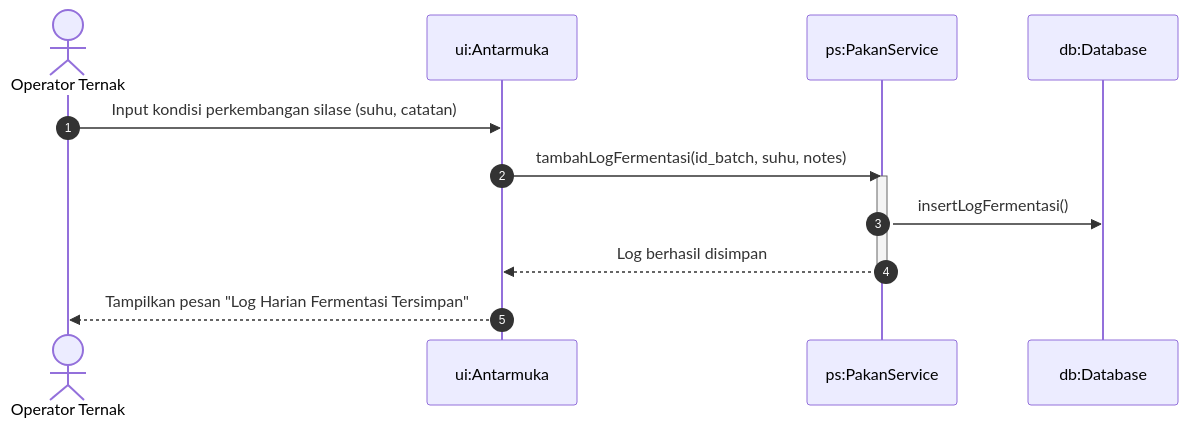
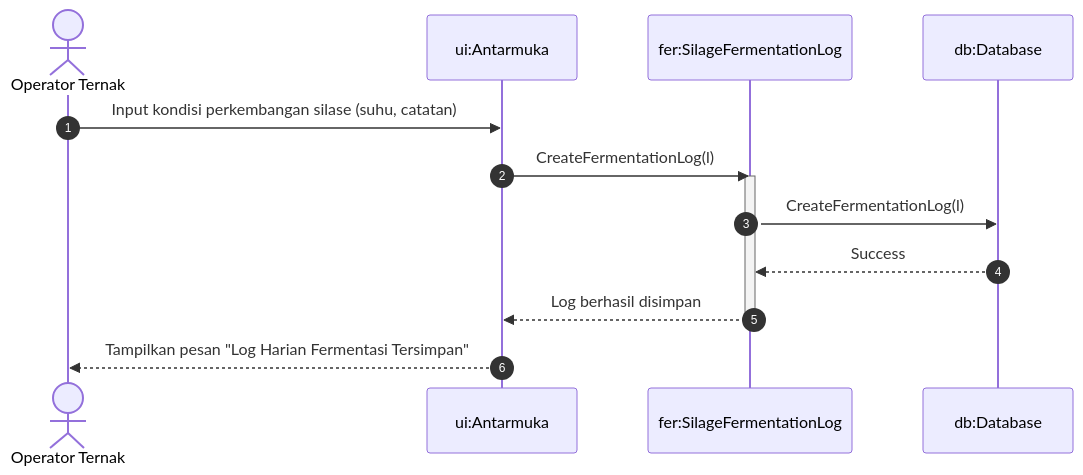
One commit to MuhammadHamidy/Farmease changed the eighth of 11 diagrams in docs/livestock_module_sequence_diagrams.md. Above: the diagram before and after it, drawn with Mermaid. The commit also changed other lines of this file and 299 other files, not shown here.

````diff
--- a/docs/livestock_module_sequence_diagrams.md
+++ b/docs/livestock_module_sequence_diagrams.md
@@ -227,16 +210,17 @@
 ```mermaid
 sequenceDiagram
     autonumber
     actor Operator as Operator Ternak
     participant UI as ui:Antarmuka
-    participant PS as ps:PakanService
+    participant FER as fer:SilageFermentationLog
     participant DB as db:Database
 
     Operator->>UI: Input kondisi perkembangan silase (suhu, catatan)
-    UI->>PS: tambahLogFermentasi(id_batch, suhu, notes)
-    activate PS
-    PS->>DB: insertLogFermentasi()
-    PS-->>UI: Log berhasil disimpan
-    deactivate PS
+    UI->>FER: CreateFermentationLog(l)
+    activate FER
+    FER->>DB: CreateFermentationLog(l)
+    DB-->>FER: Success
+    FER-->>UI: Log berhasil disimpan
+    deactivate FER
     UI-->>Operator: Tampilkan pesan "Log Harian Fermentasi Tersimpan"
 ```
````
